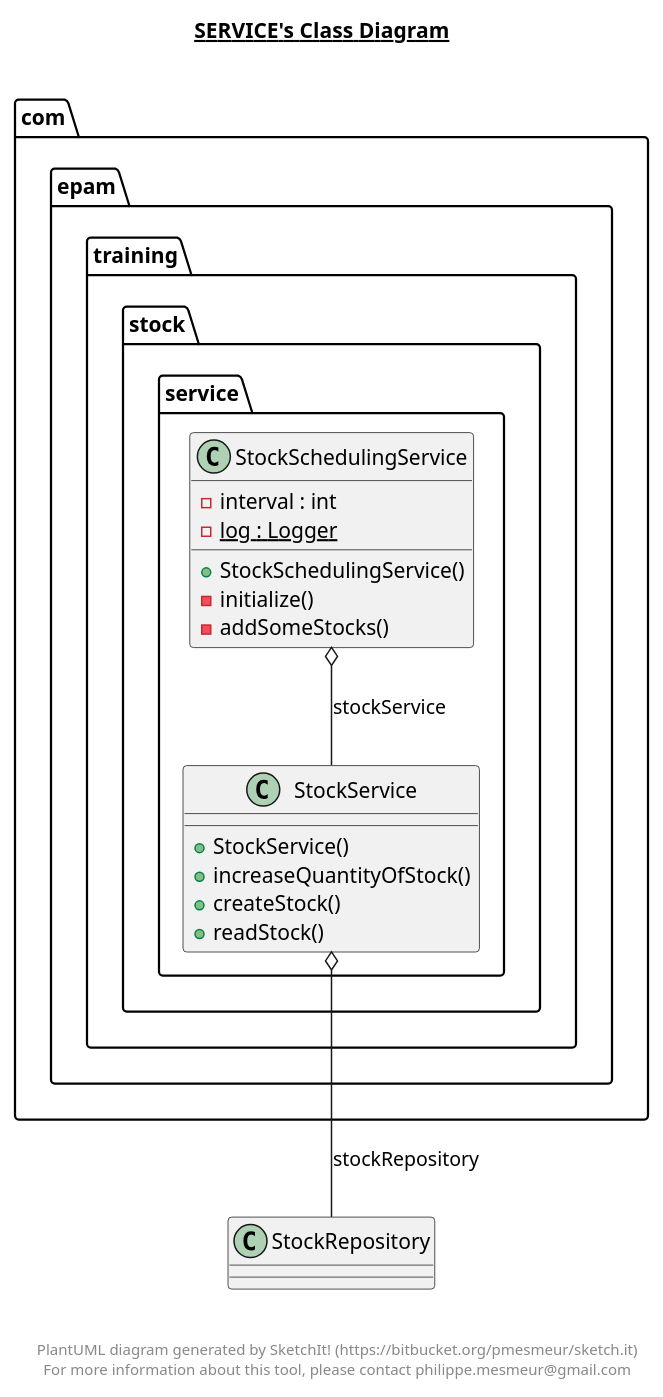
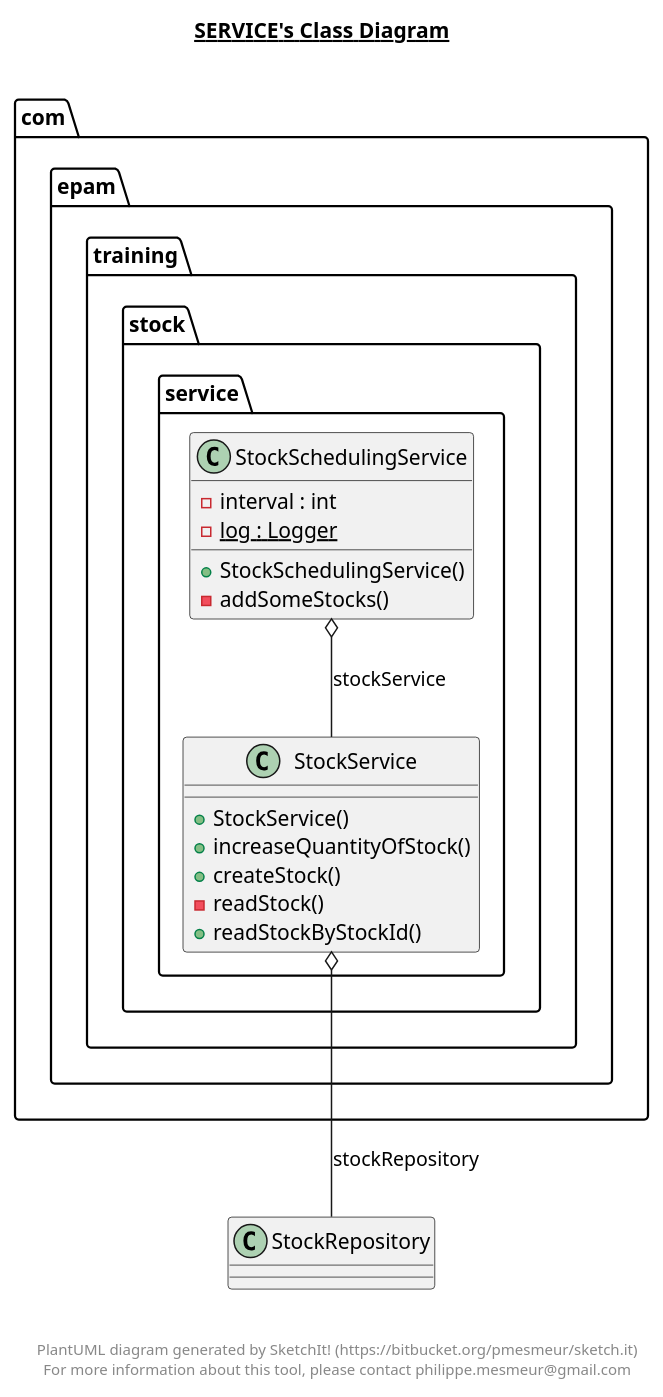
The diagram in src/main/java/com/epam/training/stock/service/service.plantuml (nik-nenkov/tutoring-rest-api-with-java), drawn with PlantUML before and after one commit. The commit also changed 111 other files, not shown here.

```diff
--- a/src/main/java/com/epam/training/stock/service/service.plantuml
+++ b/src/main/java/com/epam/training/stock/service/service.plantuml
@@ -1,45 +1,45 @@
 @startuml
 
 title __SERVICE's Class Diagram__\n
 
   package com.epam.training {
     package com.epam.training.stock {
       package com.epam.training.stock.service {
         class StockSchedulingService {
             - interval : int
             {static} - log : Logger
             + StockSchedulingService()
-            - initialize()
             - addSomeStocks()
         }
       }
     }
   }
   
 
   package com.epam.training {
     package com.epam.training.stock {
       package com.epam.training.stock.service {
         class StockService {
             + StockService()
             + increaseQuantityOfStock()
             + createStock()
-            + readStock()
+            - readStock()
+            + readStockByStockId()
         }
       }
     }
   }
   
 
   StockSchedulingService o-- StockService : stockService
   StockService o-- StockRepository : stockRepository
 
 
 right footer
 
 
 PlantUML diagram generated by SketchIt! (https://bitbucket.org/pmesmeur/sketch.it)
 For more information about this tool, please contact philippe.mesmeur@gmail.com
 endfooter
 
 @enduml
```
